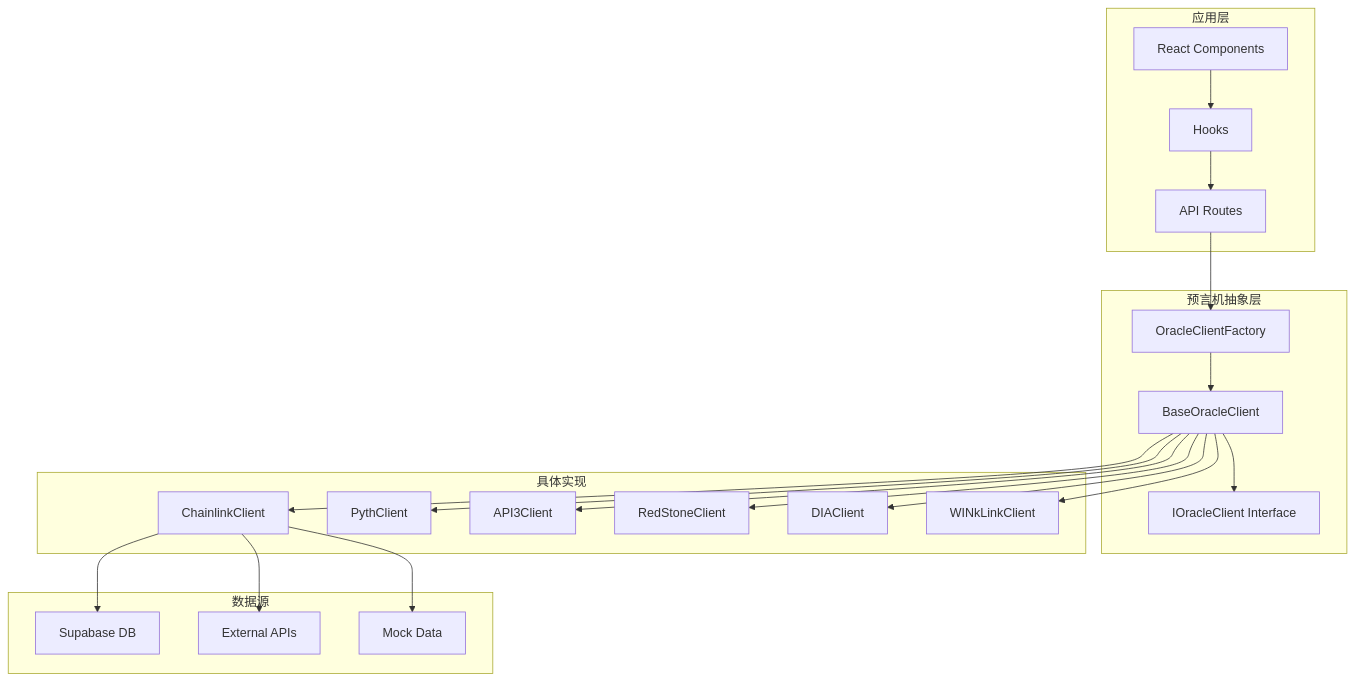
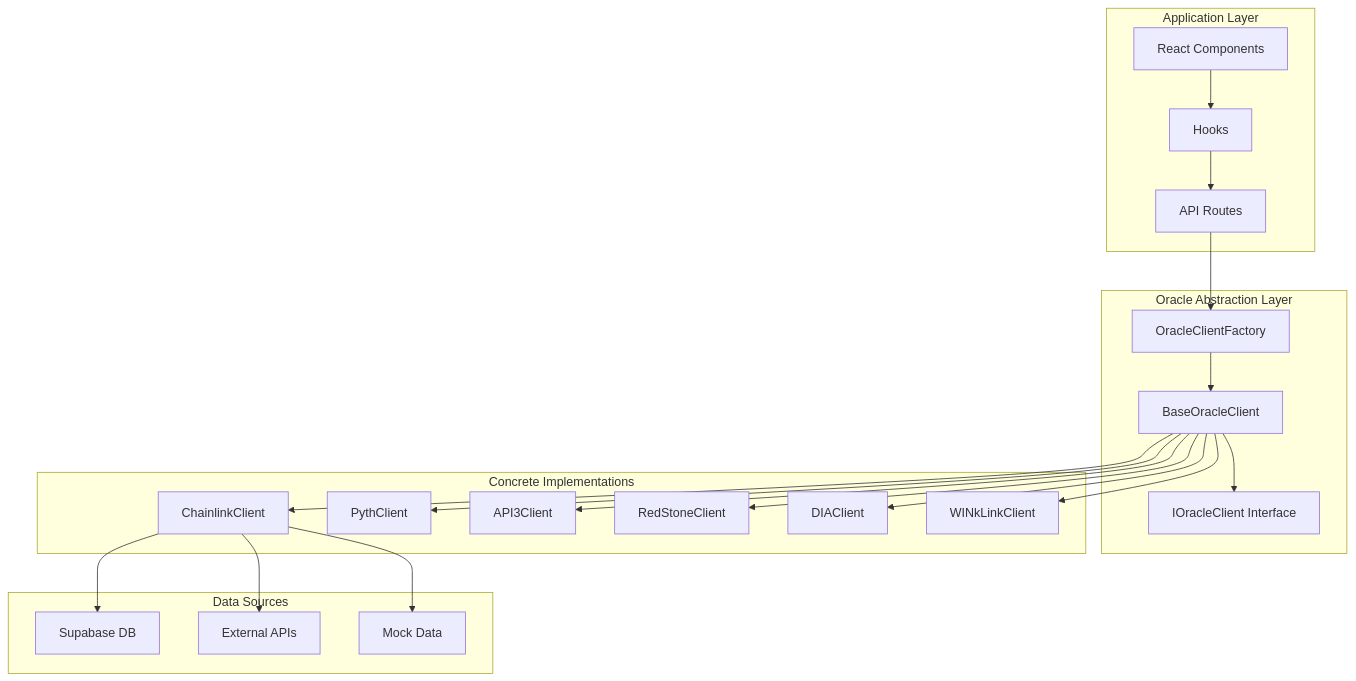
Before and after one commit to imokokok/Insight: the first of 3 diagrams in docs/architecture/oracles.md, drawn with Mermaid. The commit also changed other lines of this file and 9 other files, not shown here.

````diff
--- a/docs/architecture/oracles.md
+++ b/docs/architecture/oracles.md
@@ -32,44 +32,44 @@
 ```mermaid
 graph TB
-    subgraph Application["应用层"]
+    subgraph Application["Application Layer"]
         A[React Components]
         B[Hooks]
         C[API Routes]
     end
 
-    subgraph OracleLayer["预言机抽象层"]
+    subgraph OracleLayer["Oracle Abstraction Layer"]
         D[OracleClientFactory]
         E[BaseOracleClient]
         F[IOracleClient Interface]
     end
 
-    subgraph Implementations["具体实现"]
+    subgraph Implementations["Concrete Implementations"]
         G[ChainlinkClient]
         H[PythClient]
         I[API3Client]
         J[RedStoneClient]
         K[DIAClient]
         L[WINkLinkClient]
     end
 
-    subgraph DataSources["数据源"]
+    subgraph DataSources["Data Sources"]
         Q[Supabase DB]
         R[External APIs]
         S[Mock Data]
     end
 
     A --> B
     B --> C
     C --> D
     D --> E
     E --> F
     E --> G
     E --> H
     E --> I
     E --> J
     E --> K
     E --> L
     G --> Q
     G --> R
     G --> S
 ```
````
